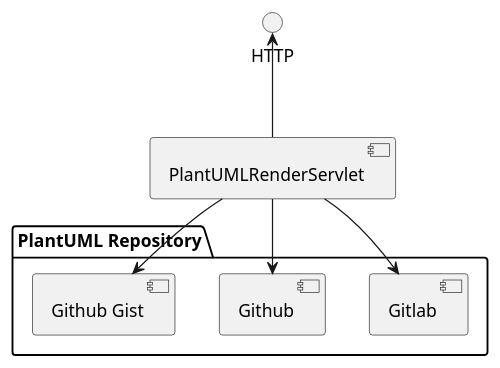
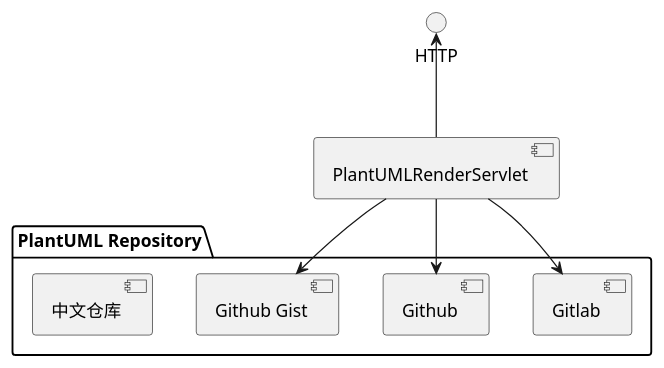
One commit to linux-china/plantuml-gist changed the diagram in src/main/uml/plantuml_gist.puml. Above: the diagram before and after it, drawn with PlantUML.

Commit message:
add chinese component

```diff
--- a/src/main/uml/plantuml_gist.puml
+++ b/src/main/uml/plantuml_gist.puml
@@ -1,15 +1,16 @@
 @startuml
 
 package "PlantUML Repository" {
     [Gitlab]
     [Github]
     [Github Gist]
+    [中文仓库]
 }
 
 [PlantUMLRenderServlet] --> [Gitlab]
 [PlantUMLRenderServlet] --> [Github]
 [PlantUMLRenderServlet] --> [Github Gist]
 
 HTTP <-- [PlantUMLRenderServlet]
 
 @enduml
```
